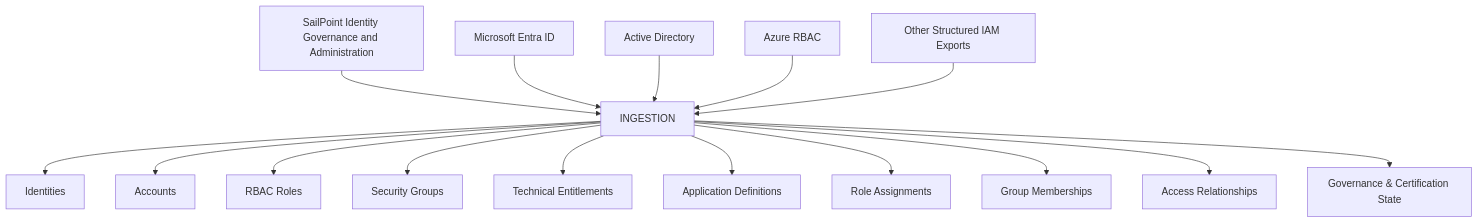
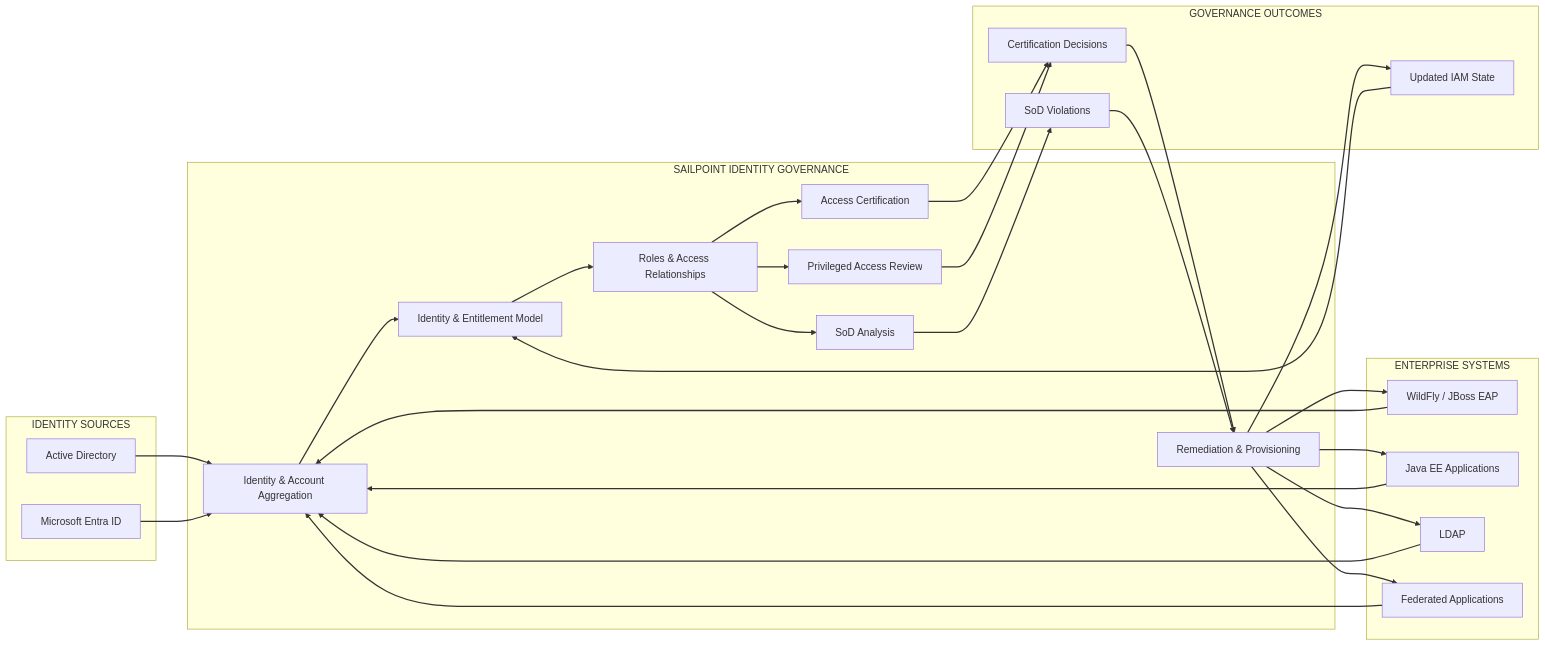
One commit to whatheheckisthis/Intent-to-Auditable-Trust-Object-Index changed the first of 2 diagrams in README.md. Above: the diagram before and after it, drawn with Mermaid. The commit also changed other lines of this file, not shown here.

Commit message:
Revise mermaid diagrams in README.md
Updated mermaid diagrams for ingestion and control evaluation stages in README.

````diff
--- a/README.md
+++ b/README.md
@@ -56,23 +56,69 @@
 ```mermaid
-graph TD
+flowchart LR
 
-    ING["INGESTION"]
+    subgraph SOURCES["IDENTITY SOURCES"]
+        AD["Active Directory"]
+        ENTRA["Microsoft Entra ID"]
+    end
 
-    SP["SailPoint Identity Governance and Administration"] --> ING
-    ENT["Microsoft Entra ID"] --> ING
-    AD["Active Directory"] --> ING
-    RBAC["Azure RBAC"] --> ING
-    EXT["Other Structured IAM Exports"] --> ING
+    subgraph TARGETS["ENTERPRISE SYSTEMS"]
+        JBOSS["WildFly / JBoss EAP"]
+        JAVA["Java EE Applications"]
+        LDAP["LDAP"]
+        FED["Federated Applications"]
+    end
 
-    ING --> ID["Identities"]
-    ING --> AC["Accounts"]
-    ING --> RO["RBAC Roles"]
-    ING --> GR["Security Groups"]
-    ING --> TE["Technical Entitlements"]
-    ING --> AP["Application Definitions"]
-    ING --> RA["Role Assignments"]
-    ING --> GM["Group Memberships"]
-    ING --> AR["Access Relationships"]
-    ING --> GV["Governance & Certification State"]
+    subgraph IGA["SAILPOINT IDENTITY GOVERNANCE"]
+        AGG["Identity & Account Aggregation"]
+        MODEL["Identity & Entitlement Model"]
+        ROLES["Roles & Access Relationships"]
+
+        CERT["Access Certification"]
+        SOD["SoD Analysis"]
+        PRIV["Privileged Access Review"]
+
+        REM["Remediation & Provisioning"]
+    end
+
+    subgraph OUTCOMES["GOVERNANCE OUTCOMES"]
+        DECISIONS["Certification Decisions"]
+        VIOLATIONS["SoD Violations"]
+        STATE["Updated IAM State"]
+    end
+
+
+    AD --> AGG
+    ENTRA --> AGG
+
+    JBOSS --> AGG
+    JAVA --> AGG
+    LDAP --> AGG
+    FED --> AGG
+
+    AGG --> MODEL
+    MODEL --> ROLES
+
+    ROLES --> CERT
+    ROLES --> SOD
+    ROLES --> PRIV
+
+    CERT --> DECISIONS
+    SOD --> VIOLATIONS
+    PRIV --> DECISIONS
+
+    DECISIONS --> REM
+    VIOLATIONS --> REM
+
+    REM --> JBOSS
+    REM --> JAVA
+    REM --> LDAP
+    REM --> FED
+
+    REM --> STATE
+    STATE --> MODEL
+
+
+    %% Long technical connectors
+    linkStyle default stroke-width:2px
 
 ```
````
